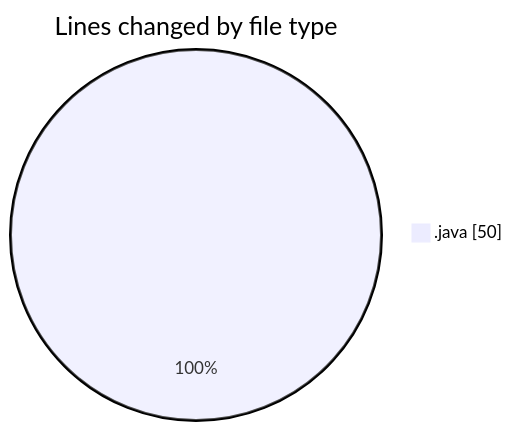
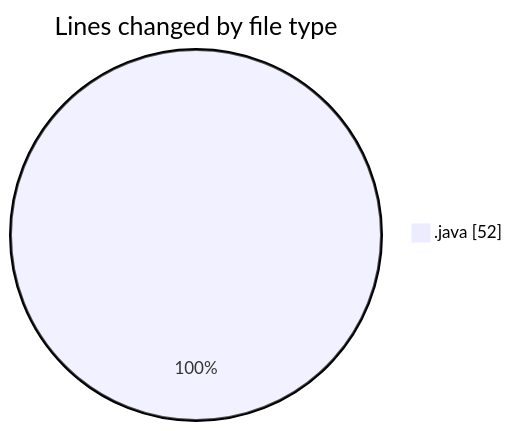
The first of 2 diagrams in 2025-03-09/filereadinprac/README.md (NitaiMahat/code-tracking), drawn with Mermaid before and after one commit. The commit also changed other lines of this file and 1 other file, not shown here.

````diff
--- a/2025-03-09/filereadinprac/README.md
+++ b/2025-03-09/filereadinprac/README.md
@@ -20,5 +20,5 @@
 ```mermaid
 pie showData
 title Lines changed by file type
-".java" : 50
+".java" : 52
 ```
````
